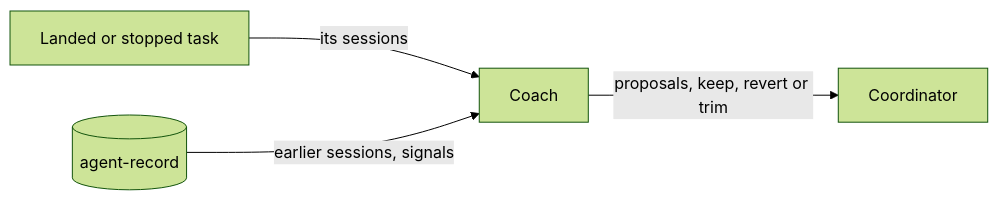
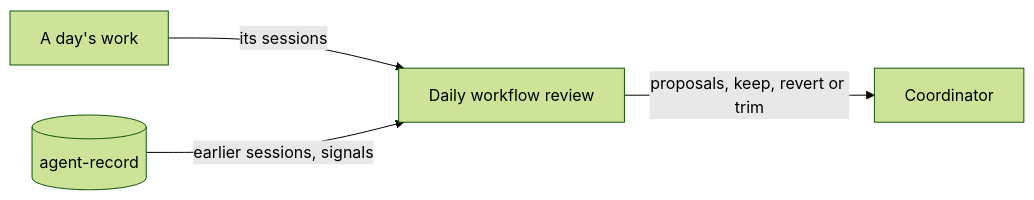
The third of 4 diagrams in docs/loops.md (cniska/agent-skills), drawn with Mermaid (forest theme) before and after one commit. The commit also changed other lines of this file and 5 other files, not shown here.

Commit message:
docs: remove the coach agent

````diff
--- a/docs/loops.md
+++ b/docs/loops.md
@@ -62,6 +62,6 @@
 ```mermaid
 flowchart LR
-  task["Landed or stopped task"] -- "its sessions" --> coach["Coach"]
-  rec[("agent-record")] -- "earlier sessions, signals" --> coach
-  coach -- "proposals, keep, revert or trim" --> lead["Coordinator"]
+  day["A day's work"] -- "its sessions" --> review["Daily workflow review"]
+  rec[("agent-record")] -- "earlier sessions, signals" --> review
+  review -- "proposals, keep, revert or trim" --> lead["Coordinator"]
 ```
````
